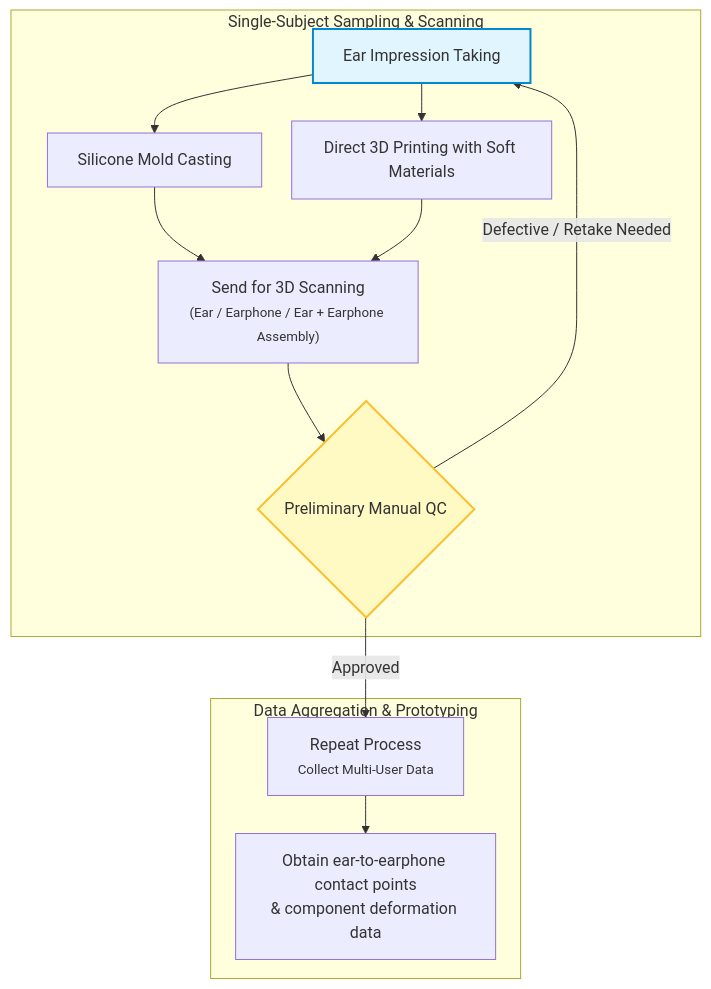
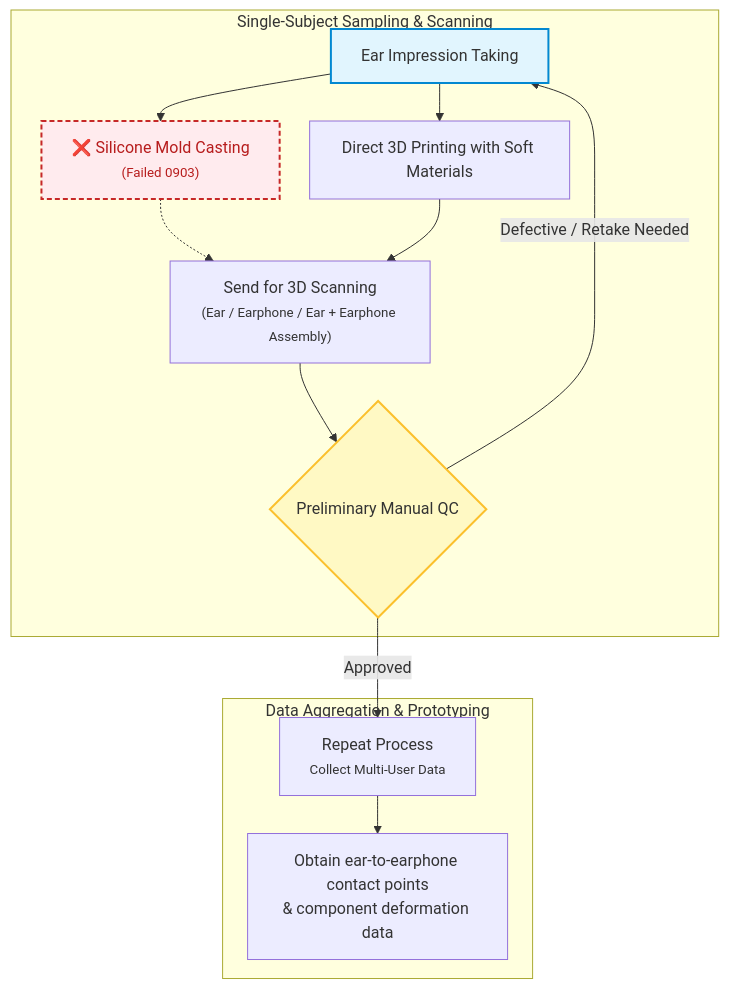
One commit to showmin/ear_3d_model_survey changed the first of 2 diagrams in ear_mold_process_flow.md. Above: the diagram before and after it, drawn with Mermaid. The commit also changed other lines of this file, not shown here.

First line of the commit message:
Sync EN action items with ZH, add notes, mark B1 as failed

````diff
--- a/ear_mold_process_flow.md
+++ b/ear_mold_process_flow.md
@@ -8,22 +8,23 @@
 ```mermaid
 %%{init: {'flowchart': {'nodeSpacing': 30, 'rankSpacing': 38, 'useMaxWidth': true}}}%%
 flowchart TD
     subgraph DataCollection [Single-Subject Sampling & Scanning]
-        A[Ear Impression Taking] --> B1[Silicone Mold Casting]
+        A[Ear Impression Taking] --> B1["❌ Silicone Mold Casting<br/><small>(Failed 0903)</small>"]
         A --> B2[Direct 3D Printing with Soft Materials]
-        B1 --> C[Send for 3D Scanning]
+        B1 -.-> C[Send for 3D Scanning]
         B2 --> C["Send for 3D Scanning<br/><small>(Ear / Earphone / Ear + Earphone Assembly)</small>"]
         C --> D{Preliminary Manual QC}
     end
 
     D -- "Defective / Retake Needed" --> A
     D -- "Approved" --> E[Repeat Process<br/><small>Collect Multi-User Data</small>]
 
     subgraph AnalysisAndProduction [Data Aggregation & Prototyping]
         E --> F["Obtain ear-to-earphone contact points<br/>& component deformation data"]
     end
 
     %% Styling
     style A fill:#e1f5fe,stroke:#0288d1,stroke-width:2px
     style D fill:#fff9c4,stroke:#fbc02d,stroke-width:2px
+    style B1 fill:#ffebee,stroke:#c62828,stroke-width:2px,stroke-dasharray: 5 3,color:#b71c1c
 ```
````
